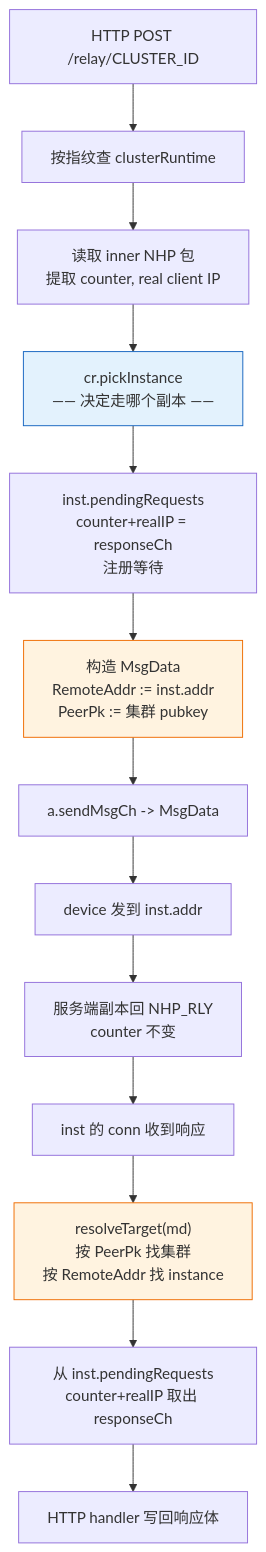
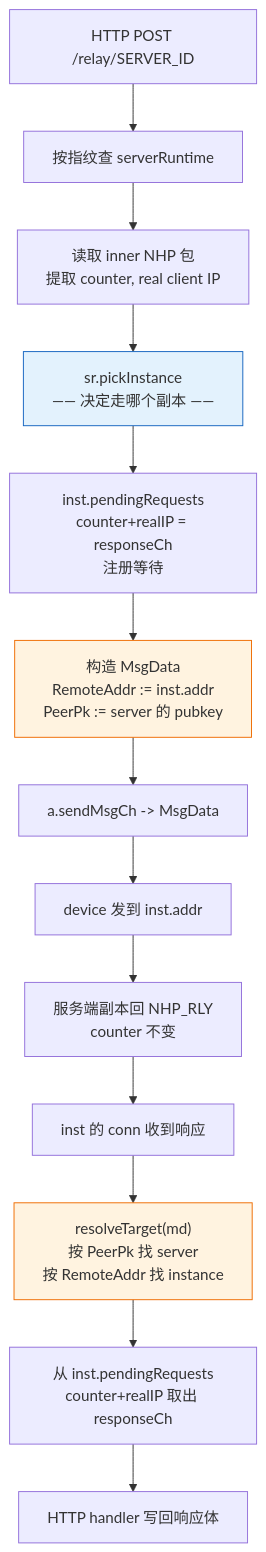
Before and after one commit to OpenNHP/opennhp: the third of 3 diagrams in docs/zh-cn/multi-server.zh-cn.md, drawn with Mermaid. The commit also changed other lines of this file and 27 other files, not shown here.

````diff
--- a/docs/zh-cn/multi-server.zh-cn.md
+++ b/docs/zh-cn/multi-server.zh-cn.md
@@ -212,20 +222,20 @@
 ```mermaid
 flowchart TD
-    A[HTTP POST /relay/CLUSTER_ID] --> B[按指纹查 clusterRuntime]
+    A[HTTP POST /relay/SERVER_ID] --> B[按指纹查 serverRuntime]
     B --> C[读取 inner NHP 包<br/>提取 counter, real client IP]
-    C --> D[cr.pickInstance<br/>—— 决定走哪个副本 ——]
+    C --> D[sr.pickInstance<br/>—— 决定走哪个副本 ——]
     D --> E["inst.pendingRequests<br/>counter+realIP = responseCh<br/>注册等待"]
-    E --> F[构造 MsgData<br/>RemoteAddr := inst.addr<br/>PeerPk := 集群 pubkey]
+    E --> F[构造 MsgData<br/>RemoteAddr := inst.addr<br/>PeerPk := server 的 pubkey]
     F --> G[a.sendMsgCh -> MsgData]
     G --> H[device 发到 inst.addr]
     H --> I[服务端副本回 NHP_RLY<br/>counter 不变]
     I --> J[inst 的 conn 收到响应]
-    J --> K["resolveTarget(md)<br/>按 PeerPk 找集群<br/>按 RemoteAddr 找 instance"]
+    J --> K["resolveTarget(md)<br/>按 PeerPk 找 server<br/>按 RemoteAddr 找 instance"]
     K --> L["从 inst.pendingRequests<br/>counter+realIP 取出 responseCh"]
     L --> M[HTTP handler 写回响应体]
 
     classDef pick fill:#e3f2fd,stroke:#1565c0
     class D pick
     classDef pin fill:#fff3e0,stroke:#ef6c00
     class F,K pin
 ```
````
